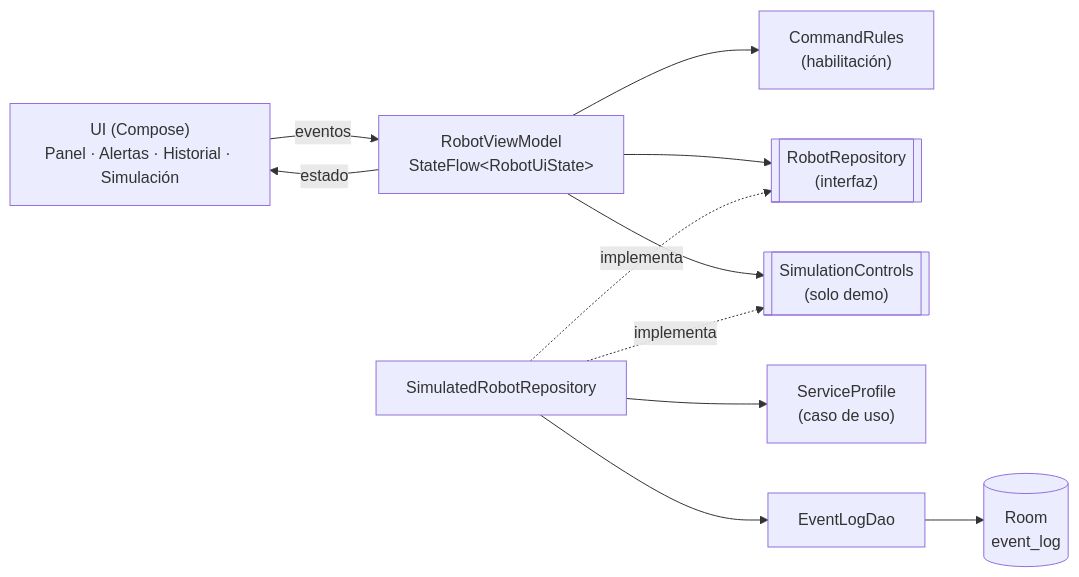
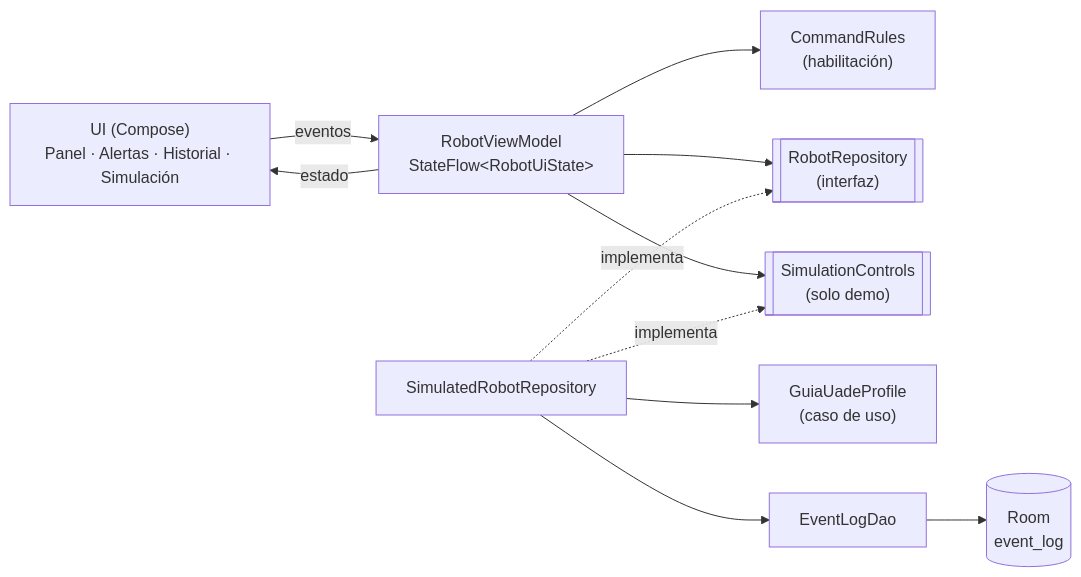
The first of 3 diagrams in docs/arquitectura.md (Tobiasjuarez/TP-Robot-HMI), drawn with Mermaid before and after one commit. The commit also changed 2 other files, not shown here.

Commit message:
docs: escenarios, contrato JSON y arquitectura con el caso de la guía
Claude-Session: https://claude.ai/code/session_01N48m783cjdnupUJ6KGAu2m

````diff
--- a/docs/arquitectura.md
+++ b/docs/arquitectura.md
@@ -5,22 +5,22 @@
 ```mermaid
 flowchart LR
     UI["UI (Compose)<br/>Panel · Alertas · Historial · Simulación"]
     VM["RobotViewModel<br/>StateFlow&lt;RobotUiState&gt;"]
     RULES["CommandRules<br/>(habilitación)"]
     REPO[["RobotRepository<br/>(interfaz)"]]
     SIMC[["SimulationControls<br/>(solo demo)"]]
     SIM["SimulatedRobotRepository"]
-    PROF["ServiceProfile<br/>(caso de uso)"]
+    PROF["GuiaUadeProfile<br/>(caso de uso)"]
     DAO["EventLogDao"]
     DB[("Room<br/>event_log")]
 
     UI -- eventos --> VM
     VM -- estado --> UI
     VM --> RULES
     VM --> REPO
     VM --> SIMC
     SIM -. implementa .-> REPO
     SIM -. implementa .-> SIMC
     SIM --> PROF
     SIM --> DAO --> DB
 ```
````
